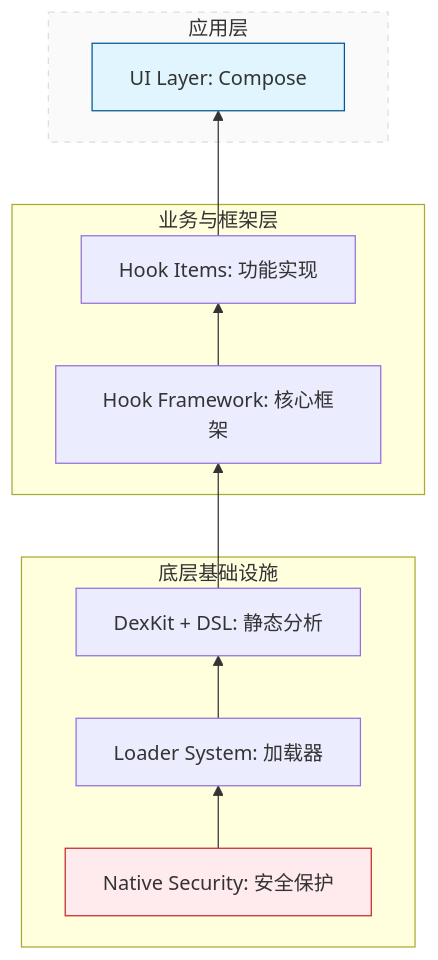
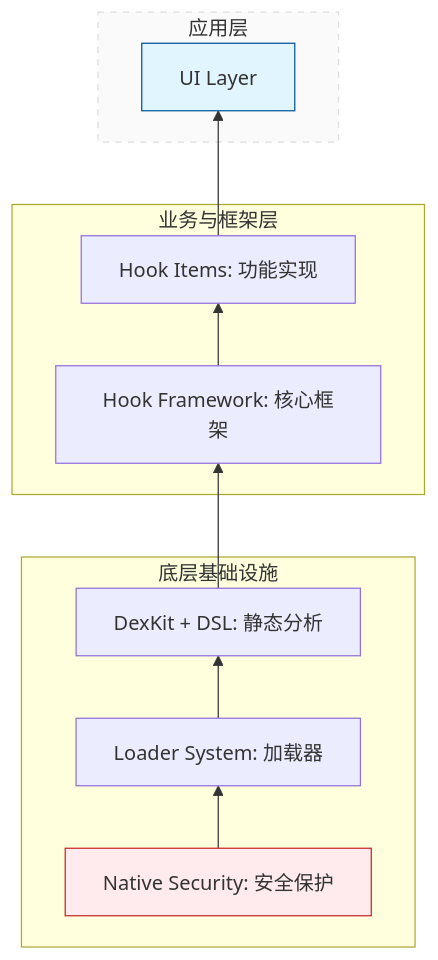
The diagram in CONTRIBUTING.md (Piktowo/WeKit), drawn with Mermaid before and after one commit. The commit also changed other lines of this file, not shown here.

Commit message:
docs: update JDK version requirement and UI layer label
Removed version specification for JDK and updated UI layer label.

````diff
--- a/CONTRIBUTING.md
+++ b/CONTRIBUTING.md
@@ -81,27 +81,27 @@
 ```mermaid
 graph BT
     subgraph App_Layer [应用层]
-        UI[UI Layer: Compose]
+        UI[UI Layer]
     end
 
     subgraph Logic_Layer [业务与框架层]
         Items[Hook Items: 功能实现]
         FW[Hook Framework: 核心框架]
     end
 
     subgraph Core_Layer [底层基础设施]
         Tool[DexKit + DSL: 静态分析]
         Loader[Loader System: 加载器]
         Security[Native Security: 安全保护]
     end
 
     Security --> Loader
     Loader --> Tool
     Tool --> FW
     FW --> Items
     Items --> UI
 
     style UI fill:#e1f5fe,stroke:#01579b
     style Security fill:#ffebee,stroke:#c62828
     style App_Layer fill:#fafafa,stroke:#ddd,stroke-dasharray: 5 5
 ```
````
